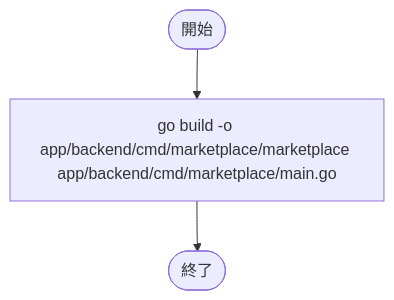
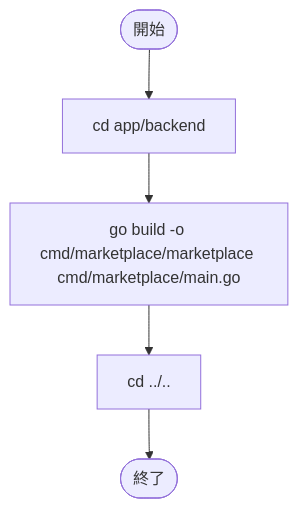
Before and after one commit to k2works/go-ddd: the tenth of 17 diagrams in README.md, drawn with Mermaid. The commit also changed other lines of this file and 1 other file, not shown here.

````diff
--- a/README.md
+++ b/README.md
@@ -269,5 +269,7 @@
 ```mermaid
 flowchart TD
-    start([開始]) --> build[go build -o app/backend/cmd/marketplace/marketplace app/backend/cmd/marketplace/main.go]
-    build --> stop([終了])
+    start([開始]) --> cd[cd app/backend]
+    cd --> build[go build -o cmd/marketplace/marketplace cmd/marketplace/main.go]
+    build --> cd_back[cd ../..]
+    cd_back --> stop([終了])
 ```
````
